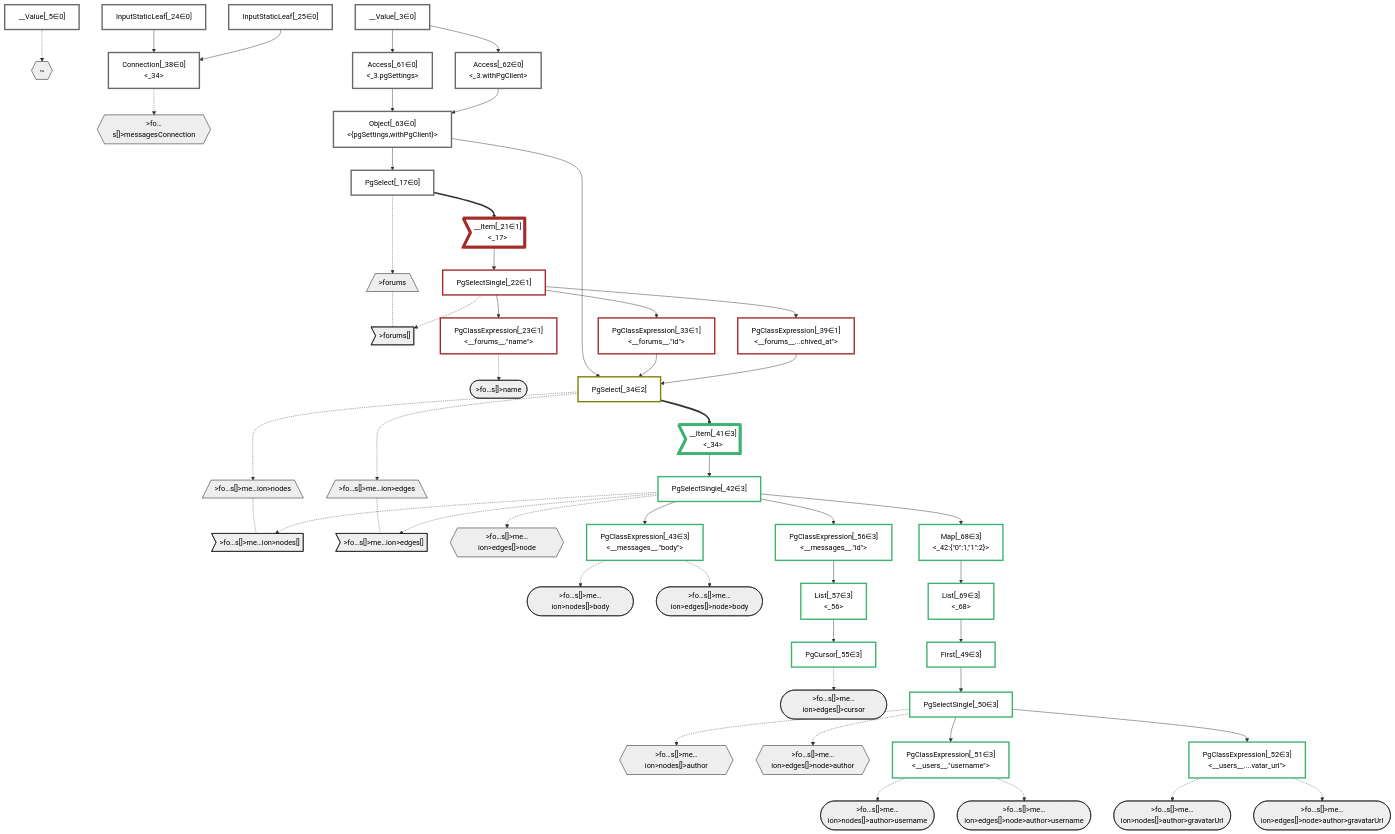
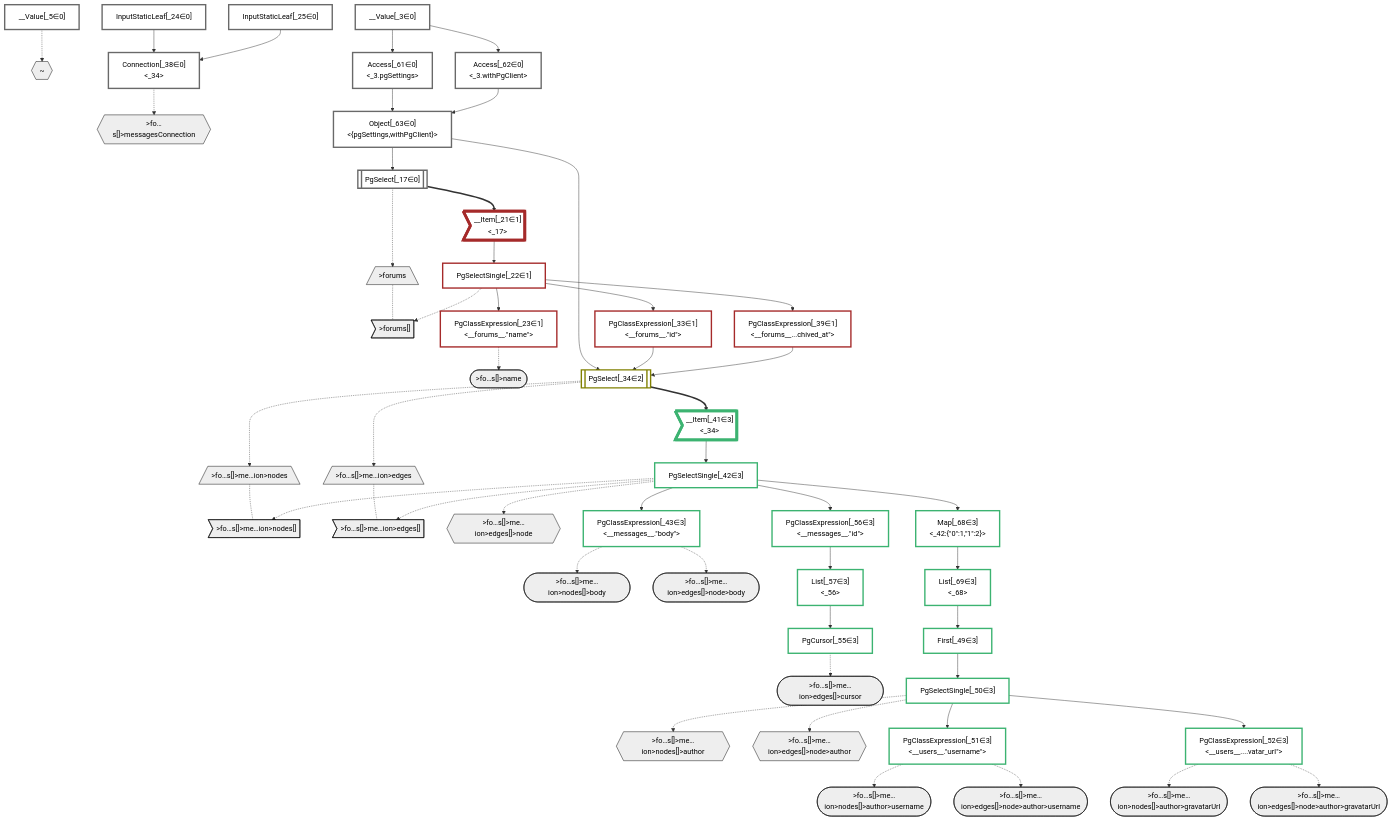
One commit to graphile/crystal changed the diagram in packages/dataplan-pg/__tests__/queries/conditions/archived-forum-inherited-messages.defer-3.mermaid.md. Above: the diagram before and after it, drawn with Mermaid. The commit also changed 195 other files, not shown here.

```diff
--- a/packages/dataplan-pg/__tests__/queries/conditions/archived-forum-inherited-messages.defer-3.mermaid.md
+++ b/packages/dataplan-pg/__tests__/queries/conditions/archived-forum-inherited-messages.defer-3.mermaid.md
@@ -48,14 +48,14 @@
     %% define plans
     __Value_3["__Value[_3∈0]<br /><context>"]:::plan
     __Value_5["__Value[_5∈0]<br /><rootValue>"]:::plan
-    PgSelect_17["PgSelect[_17∈0]<br /><forums>"]:::plan
+    PgSelect_17[["PgSelect[_17∈0]<br /><forums>"]]:::plan
     __Item_21>"__Item[_21∈1]<br /><_17>"]:::itemplan
     PgSelectSingle_22["PgSelectSingle[_22∈1]<br /><forums>"]:::plan
     PgClassExpression_23["PgClassExpression[_23∈1]<br /><__forums__.#quot;name#quot;>"]:::plan
     InputStaticLeaf_24["InputStaticLeaf[_24∈0]"]:::plan
     InputStaticLeaf_25["InputStaticLeaf[_25∈0]"]:::plan
     PgClassExpression_33["PgClassExpression[_33∈1]<br /><__forums__.#quot;id#quot;>"]:::plan
-    PgSelect_34["PgSelect[_34∈2]<br /><messages>"]:::plan
+    PgSelect_34[["PgSelect[_34∈2]<br /><messages>"]]:::plan
     Connection_38["Connection[_38∈0]<br /><_34>"]:::plan
     PgClassExpression_39["PgClassExpression[_39∈1]<br /><__forums__...chived_at#quot;>"]:::plan
     __Item_41>"__Item[_41∈3]<br /><_34>"]:::itemplan
```
